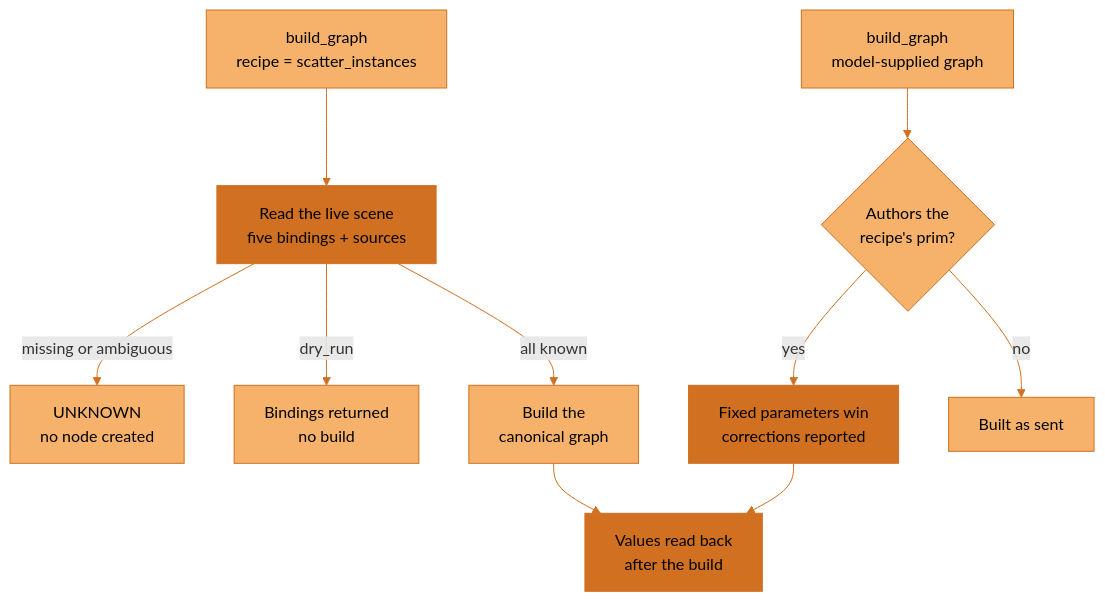
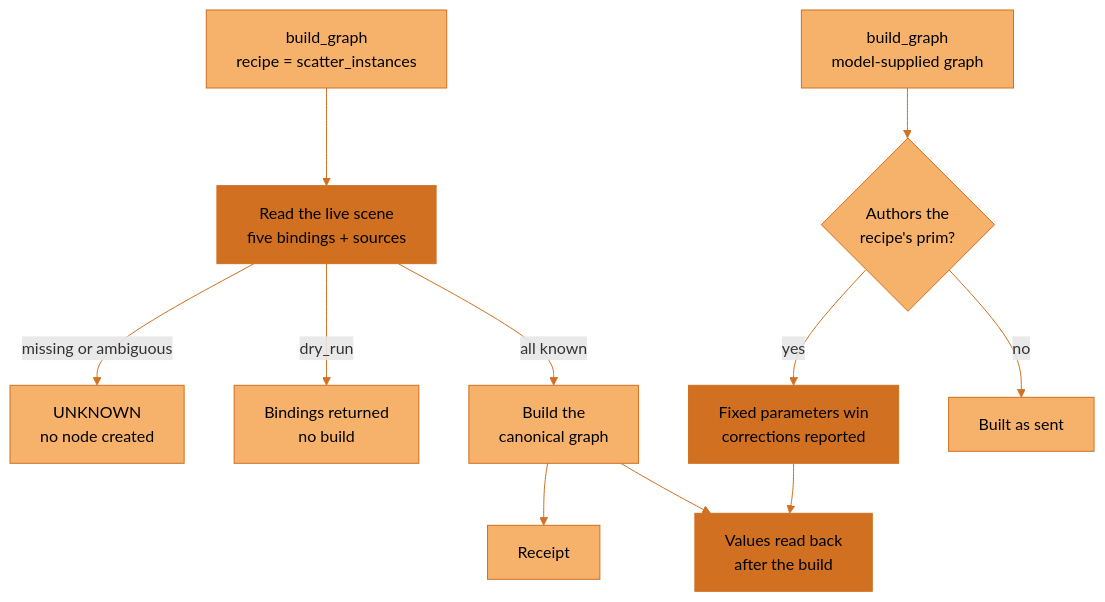
One commit to JosephOIbrahim/Synapse changed the fourth of 11 diagrams in docs/architecture/overview.md. Above: the diagram before and after it, drawn with Mermaid. The commit also changed other lines of this file and 10 other files, not shown here.

````diff
--- a/docs/architecture/overview.md
+++ b/docs/architecture/overview.md
@@ -125,18 +128,19 @@
 ```mermaid
 flowchart TD
     accTitle: The Scatter recipe path resolves bindings before any node is created
     accDescr: A build_graph call with a recipe argument reads the live scene for the camera prim, the upstream and downstream nodes, the world prim and the collider file. If any is missing or ambiguous the result is UNKNOWN and nothing is created. If all are known the canonical recipe graph is built. A graph supplied by a model is built as sent, except that a Scatter Instances node authoring the recipe's prim is held to the recipe's fixed parameters, with corrections reported and values read back.
     Q["build_graph<br/>recipe = scatter_instances"] --> R["Read the live scene<br/>five bindings + sources"]
     R -->|"missing or ambiguous"| U["UNKNOWN<br/>no node created"]
     R -->|"dry_run"| D["Bindings returned<br/>no build"]
     R -->|"all known"| B["Build the<br/>canonical graph"]
+    B --> C["Receipt"]
     G["build_graph<br/>model-supplied graph"] --> E{"Authors the<br/>recipe's prim?"}
     E -->|"yes"| F["Fixed parameters win<br/>corrections reported"]
     E -->|"no"| S["Built as sent"]
     F --> V["Values read back<br/>after the build"]
     B --> V
     classDef default fill:#F6B26B,stroke:#D07020,color:#000000
     classDef synapse fill:#D07020,stroke:#D07020,color:#000000
     class R,F,V synapse
     linkStyle default stroke:#D07020
 ```
````
